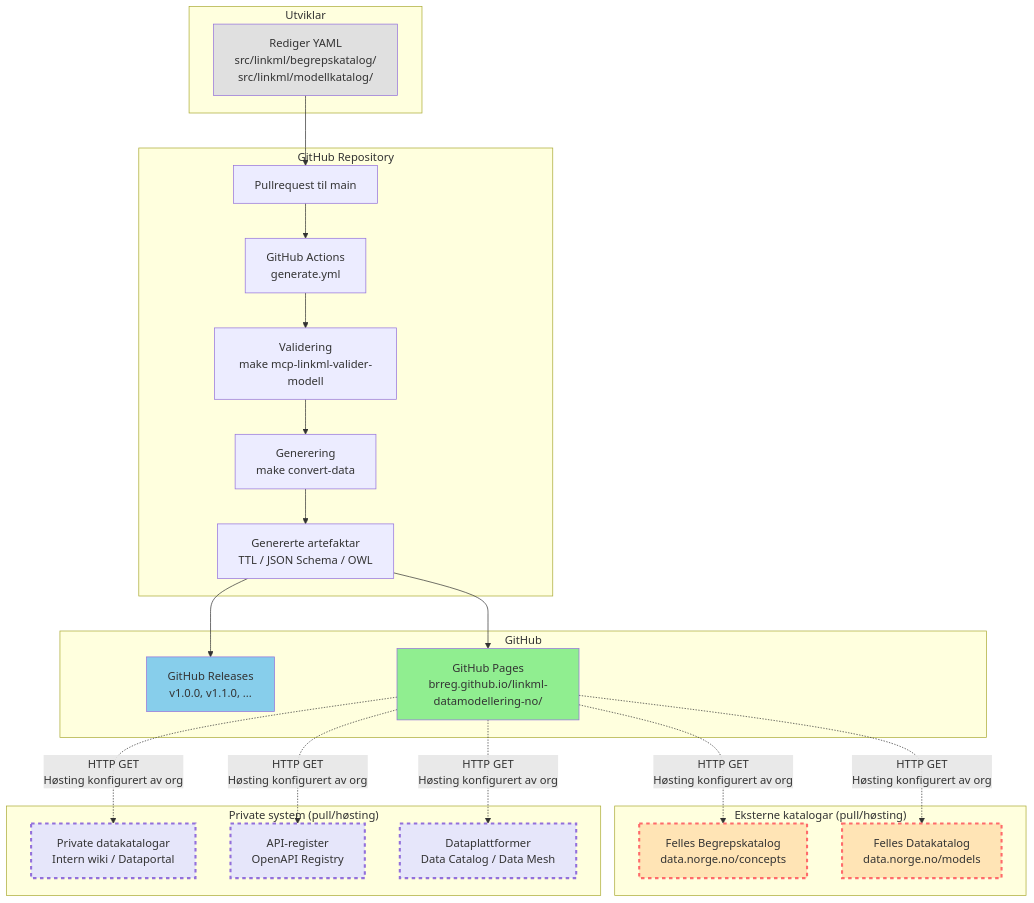
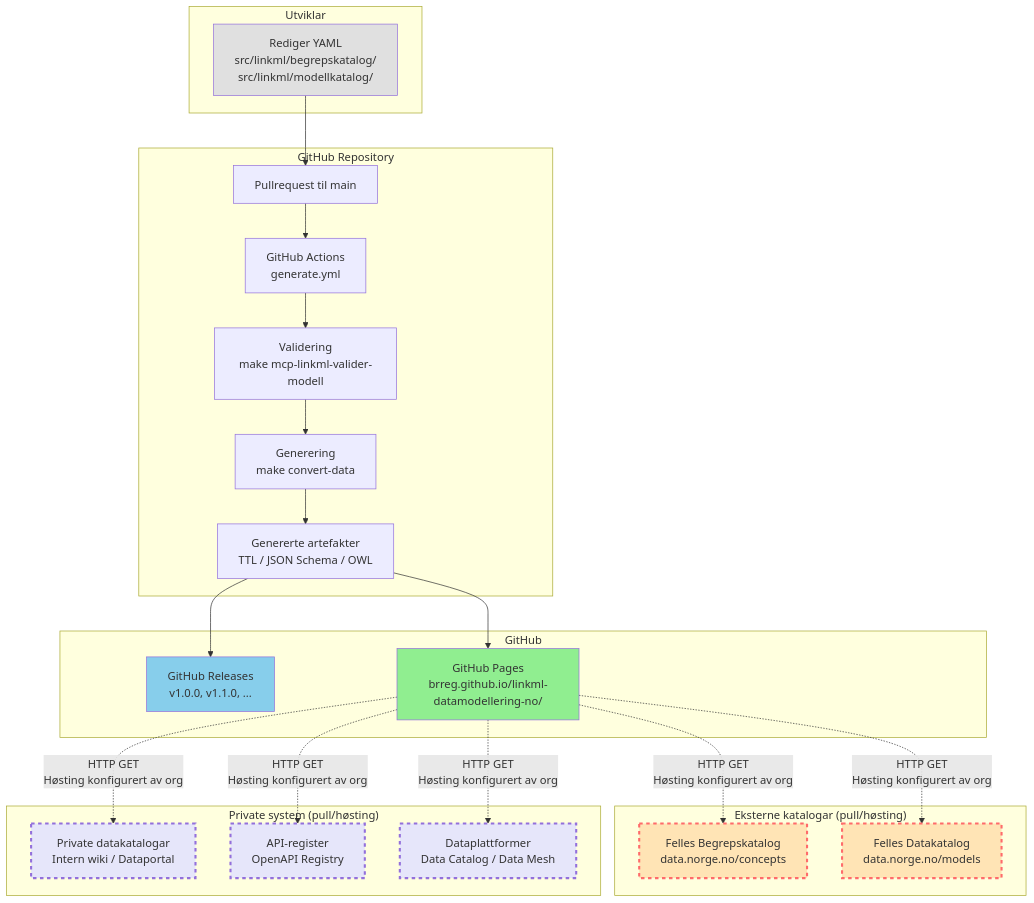
Before and after one commit to brreg/linkml-datamodellering-no: the first of 3 diagrams in mkdocs/docs/publisering-oversikt.md, drawn with Mermaid. The commit also changed other lines of this file and 67 other files, not shown here.

First line of the commit message:
docs(sprak): erstatt «artefaktar» med «artefakter» i heile repoet

````diff
--- a/mkdocs/docs/publisering-oversikt.md
+++ b/mkdocs/docs/publisering-oversikt.md
@@ -11,52 +11,52 @@
 ```mermaid
 flowchart TB
     subgraph Utviklar
         A[Rediger YAML<br/>src/linkml/begrepskatalog/<br/>src/linkml/modellkatalog/]
     end
     
     subgraph "GitHub Repository"
         B[Pullrequest til main] --> C[GitHub Actions<br/>generate.yml]
         C --> D[Validering<br/>make mcp-linkml-valider-modell]
         D --> E[Generering<br/>make convert-data]
-        E --> F[Genererte artefaktar<br/>TTL / JSON Schema / OWL]
+        E --> F[Genererte artefakter<br/>TTL / JSON Schema / OWL]
     end
     
     subgraph GitHub
         F --> H[GitHub Releases<br/>v1.0.0, v1.1.0, ...]
         F --> G[GitHub Pages<br/>brreg.github.io/linkml-datamodellering-no/]
         
     end
     
     subgraph "Eksterne katalogar (pull/høsting)"
         I[Felles Begrepskatalog<br/>data.norge.no/concepts]
         J[Felles Datakatalog<br/>data.norge.no/models]
     end
     
     subgraph "Private system (pull/høsting)"
         K[Private datakatalogar<br/>Intern wiki / Dataportal]
         L[API-register<br/>OpenAPI Registry]
         M[Dataplattformer<br/>Data Catalog / Data Mesh]
     end
     
     G -.->|HTTP GET<br/>Høsting konfigurert av org| I
     G -.->|HTTP GET<br/>Høsting konfigurert av org| J
     G -.->|HTTP GET<br/>Høsting konfigurert av org| K
     G -.->|HTTP GET<br/>Høsting konfigurert av org| L
     G -.->|HTTP GET<br/>Høsting konfigurert av org| M
     
     A --> B
     
     style A fill:#E0E0E0
     style G fill:#90EE90
     style H fill:#87CEEB
     style I fill:#FFE4B5
     style J fill:#FFE4B5
     style K fill:#E6E6FA
     style L fill:#E6E6FA
     style M fill:#E6E6FA
     
     classDef external stroke:#FF6B6B,stroke-width:3px,stroke-dasharray: 5 5
     classDef private stroke:#9370DB,stroke-width:3px,stroke-dasharray: 5 5
     class I,J external
     class K,L,M private
 ```
````
